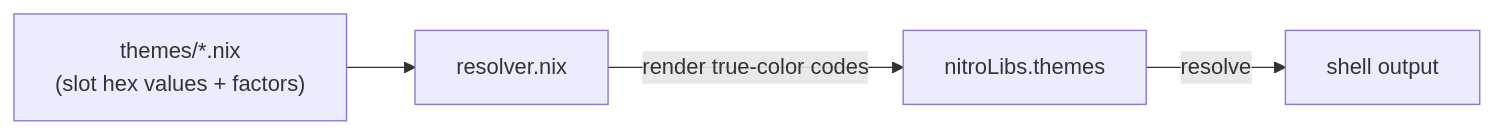
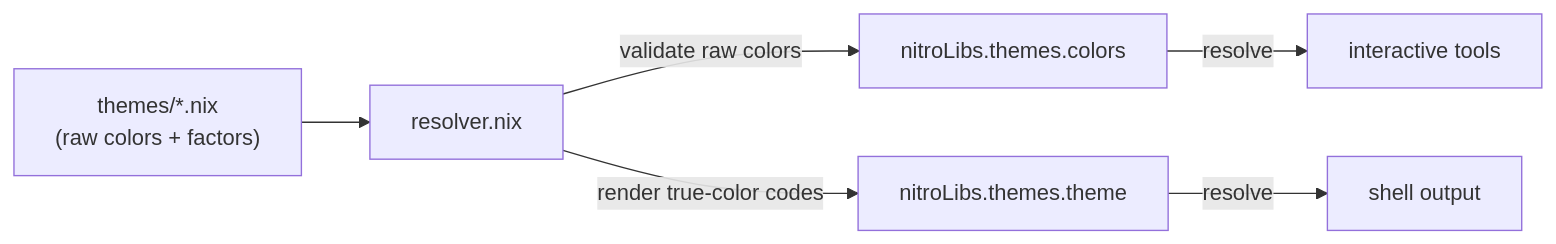
Before and after one commit to cig0/nix-batteries: the diagram in libraries/themes/README.md, drawn with Mermaid. The commit also changed other lines of this file and 3 other files, not shown here.

First line of the commit message:
feat(themes): add raw colors output and optional selection pair

````diff
--- a/libraries/themes/README.md
+++ b/libraries/themes/README.md
@@ -20,6 +21,8 @@
 ```mermaid
 graph LR
-    A["themes/*.nix<br/>(slot hex values + factors)"] --> B["resolver.nix"]
-    B -->|"render true-color codes"| C["nitroLibs.themes"]
-    C -->|resolve| D["shell output"]
+    A["themes/*.nix<br/>(raw colors + factors)"] --> B["resolver.nix"]
+    B -->|"validate raw colors"| C["nitroLibs.themes.colors"]
+    B -->|"render true-color codes"| D["nitroLibs.themes.theme"]
+    C -->|resolve| E["interactive tools"]
+    D -->|resolve| F["shell output"]
 ```
````
